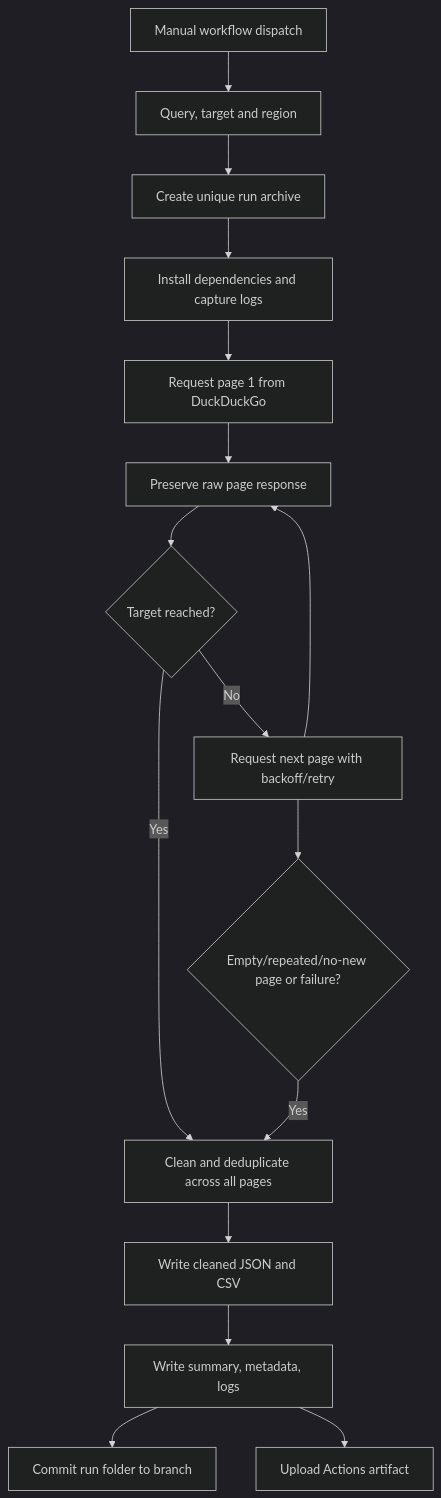
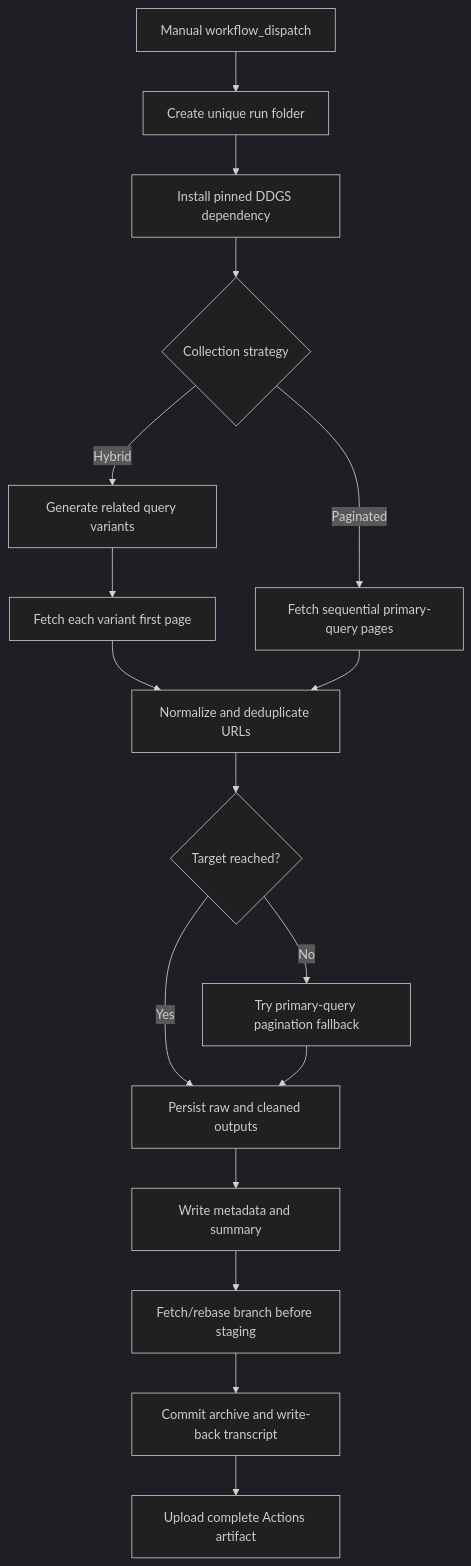
Before and after one commit to anuxlab/web-search-engine-pipeline: the diagram in docs/ARCHITECTURE.md, drawn with Mermaid (dark theme). The commit also changed other lines of this file and 13 other files, not shown here.

````diff
--- a/docs/ARCHITECTURE.md
+++ b/docs/ARCHITECTURE.md
@@ -5,18 +5,19 @@
 ```mermaid
 flowchart TD
-  A[Manual workflow dispatch] --> B[Query, target and region]
-  B --> C[Create unique run archive]
-  C --> D[Install dependencies and capture logs]
-  D --> E[Request page 1 from DuckDuckGo]
-  E --> F[Preserve raw page response]
-  F --> G{Target reached?}
-  G -- No --> H[Request next page with backoff/retry]
-  H --> F
-  G -- Yes --> I[Clean and deduplicate across all pages]
-  H --> J{Empty/repeated/no-new page or failure?}
-  J -- Yes --> I
-  I --> K[Write cleaned JSON and CSV]
-  K --> L[Write summary, metadata, logs]
-  L --> M[Commit run folder to branch]
-  L --> N[Upload Actions artifact]
+    A[Manual workflow_dispatch] --> B[Create unique run folder]
+    B --> C[Install pinned DDGS dependency]
+    C --> D{Collection strategy}
+    D -->|Hybrid| E[Generate related query variants]
+    E --> F[Fetch each variant first page]
+    F --> G[Normalize and deduplicate URLs]
+    G --> H{Target reached?}
+    H -->|No| I[Try primary-query pagination fallback]
+    H -->|Yes| J[Persist raw and cleaned outputs]
+    I --> J
+    D -->|Paginated| K[Fetch sequential primary-query pages]
+    K --> G
+    J --> L[Write metadata and summary]
+    L --> M[Fetch/rebase branch before staging]
+    M --> N[Commit archive and write-back transcript]
+    N --> O[Upload complete Actions artifact]
 ```
````
